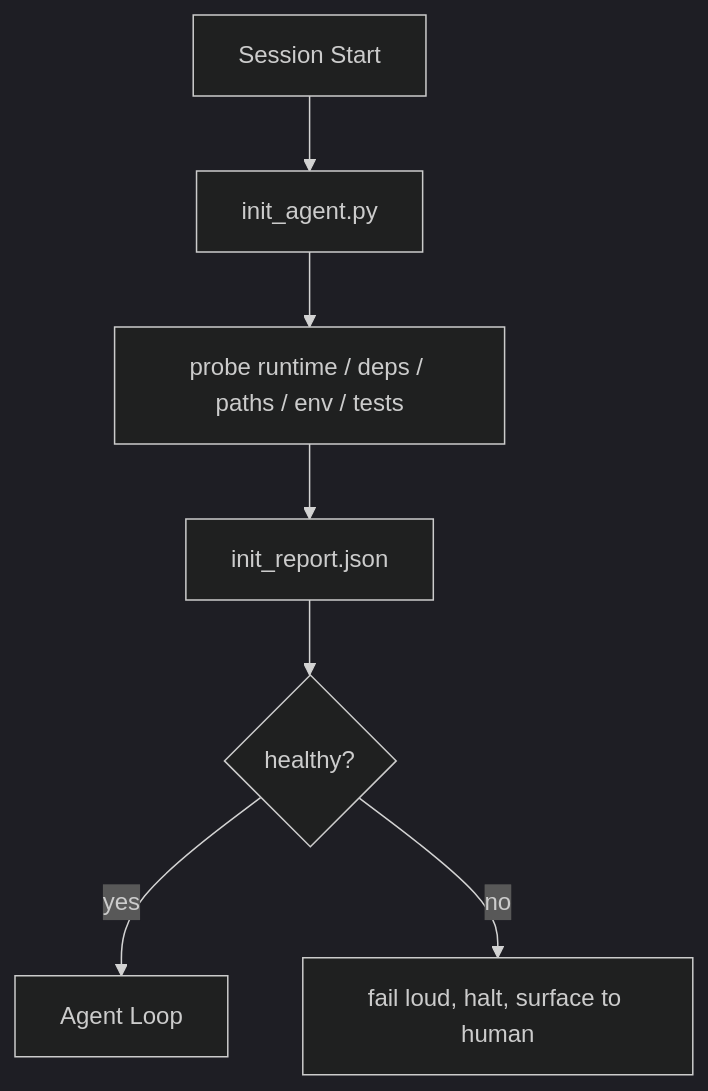
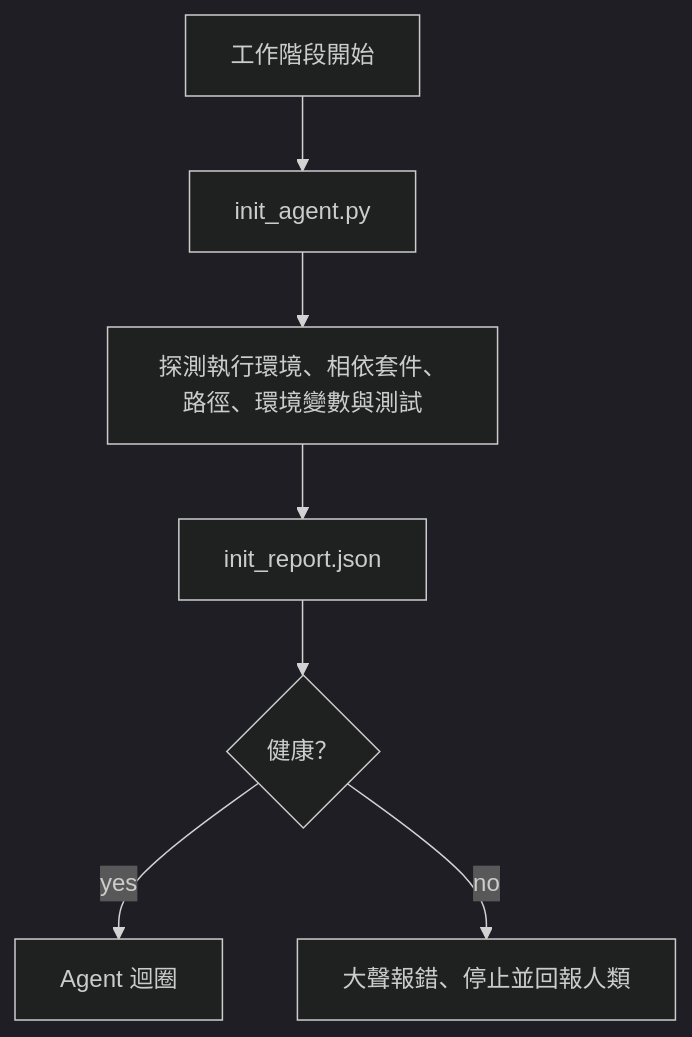
Before and after one commit to edward821220/ai-engineering-from-scratch: the diagram in i18n/zh-TW/phases/14-agent-engineering/35-initialization-scripts/docs/zh-TW.md, drawn with Mermaid (dark theme). The commit also changed other lines of this file and 46 other files, not shown here.

````diff
--- a/i18n/zh-TW/phases/14-agent-engineering/35-initialization-scripts/docs/zh-TW.md
+++ b/i18n/zh-TW/phases/14-agent-engineering/35-initialization-scripts/docs/zh-TW.md
@@ -25,9 +25,9 @@
 ```mermaid
 flowchart TD
-  Start[Session Start] --> Init[init_agent.py]
-  Init --> Probes[probe runtime / deps / paths / env / tests]
+  Start[工作階段開始] --> Init[init_agent.py]
+  Init --> Probes[探測執行環境、相依套件、路徑、環境變數與測試]
   Probes --> Report[init_report.json]
-  Report --> Decision{healthy?}
-  Decision -- yes --> Agent[Agent Loop]
-  Decision -- no --> Halt[fail loud, halt, surface to human]
+  Report --> Decision{健康？}
+  Decision -- yes --> Agent[Agent 迴圈]
+  Decision -- no --> Halt[大聲報錯、停止並回報人類]
 ```
````
